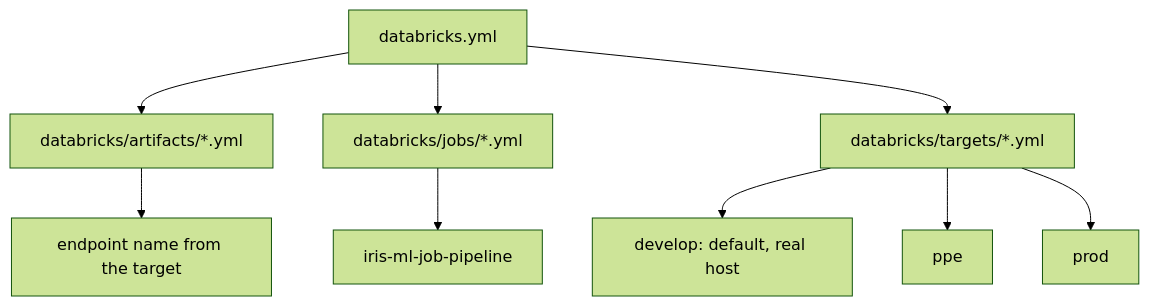
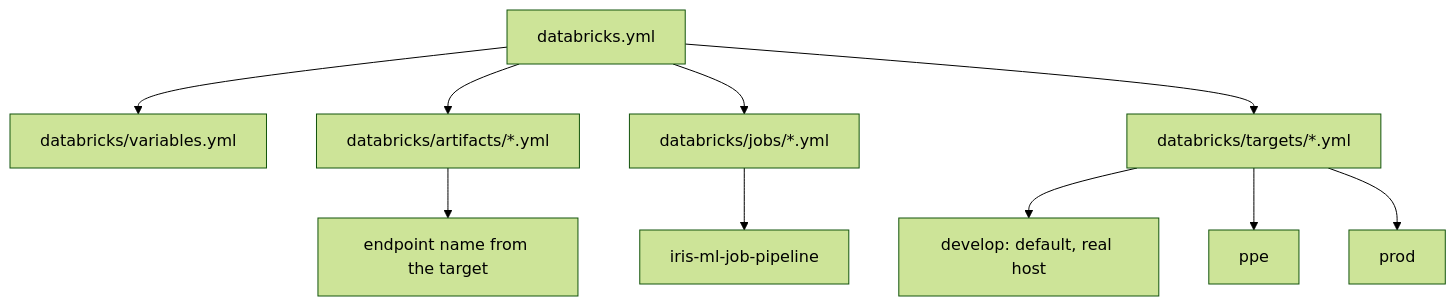
Before and after one commit to akumawavez/iris-ml-prod-test: the first of 4 diagrams in docs/guides/eli25-databricks-productionalisation.md, drawn with Mermaid (forest theme). The commit also changed other lines of this file and 32 other files, not shown here.

````diff
--- a/docs/guides/eli25-databricks-productionalisation.md
+++ b/docs/guides/eli25-databricks-productionalisation.md
@@ -37,11 +37,12 @@
 ```mermaid
 flowchart TD
-  root["databricks.yml"] --> artifacts["databricks/artifacts/*.yml"]
+  root["databricks.yml"] --> variables["databricks/variables.yml"]
+  root --> artifacts["databricks/artifacts/*.yml"]
   root --> jobs["databricks/jobs/*.yml"]
   root --> targets["databricks/targets/*.yml"]
   artifacts --> endpoint["endpoint name from the target"]
   jobs --> pipeline["iris-ml-job-pipeline"]
   targets --> develop["develop: default, real host"]
   targets --> ppe["ppe"]
   targets --> prod["prod"]
 ```
````
